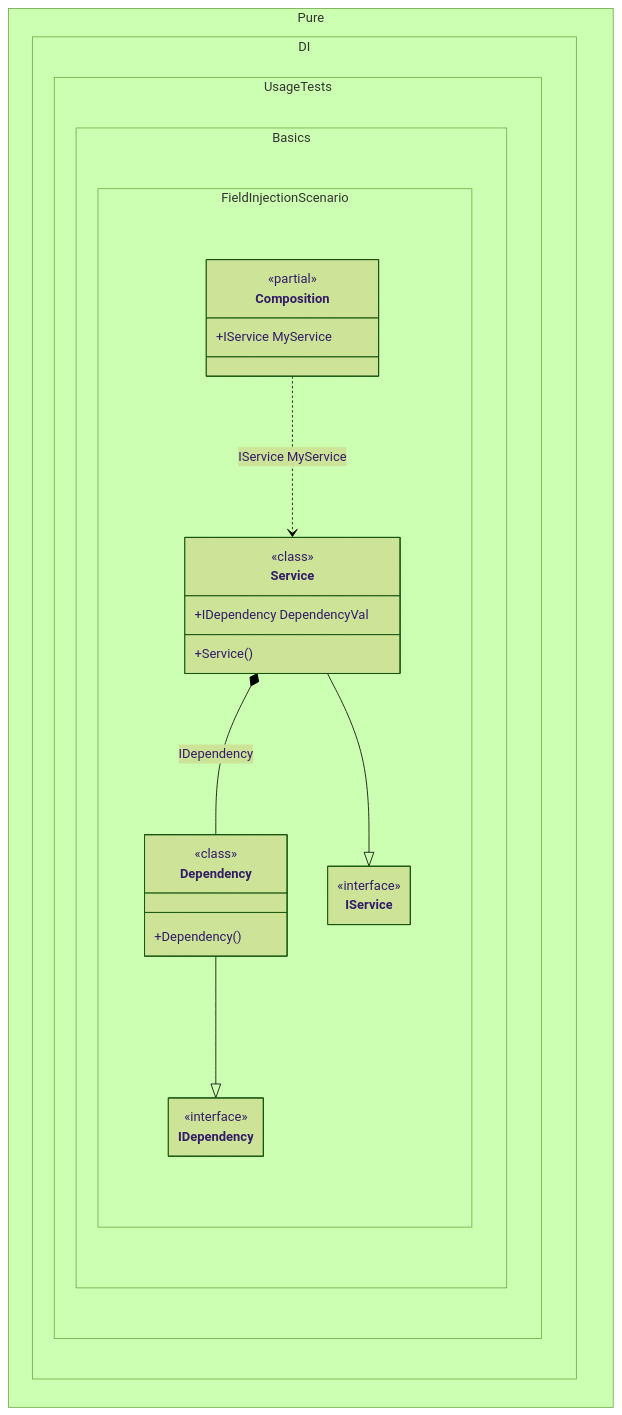
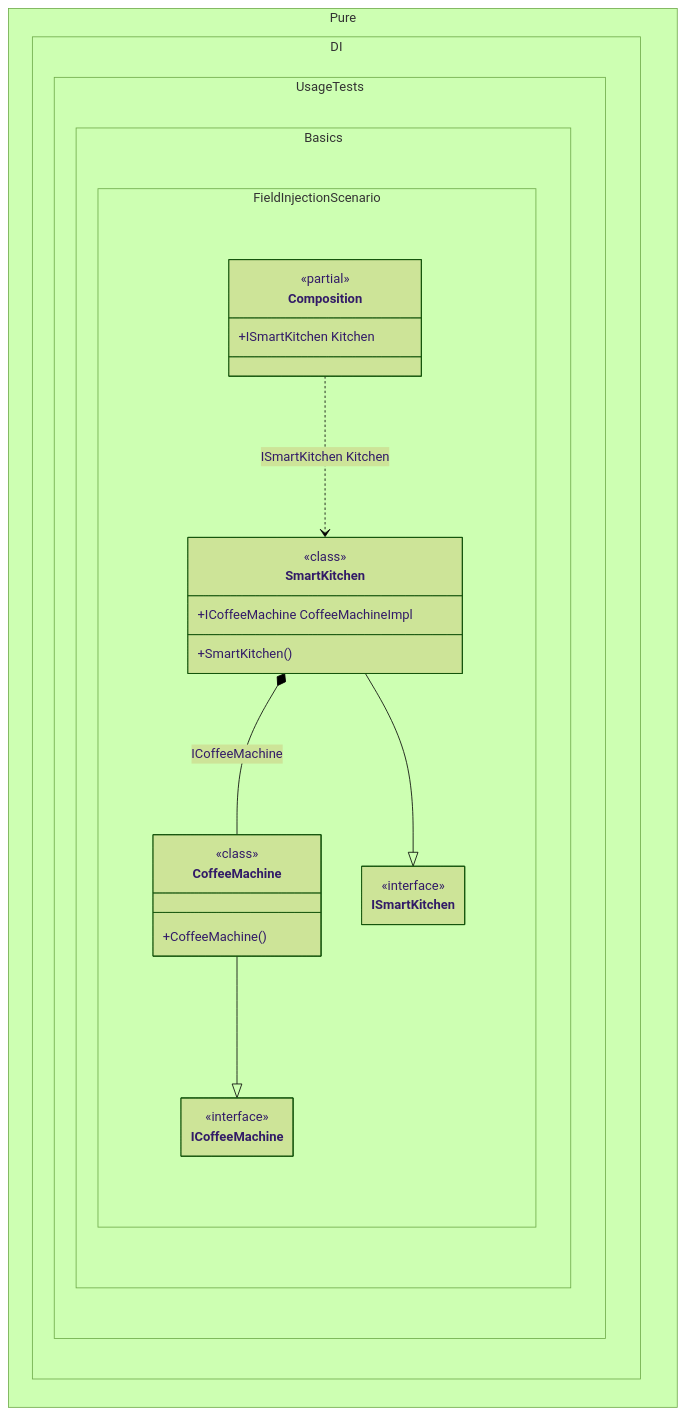
Before and after one commit to DevTeam/Pure.DI: the diagram in readme/field-injection.md, drawn with Mermaid (forest theme). The commit also changed other lines of this file and 126 other files, not shown here.

````diff
--- a/readme/field-injection.md
+++ b/readme/field-injection.md
@@ -108,35 +104,35 @@
 ```mermaid
 ---
  config:
   maxTextSize: 2147483647
   maxEdges: 2147483647
   class:
    hideEmptyMembersBox: true
 ---
 classDiagram
-	Dependency --|> IDependency
-	Service --|> IService
-	Composition ..> Service : IService MyService
-	Service *--  Dependency : IDependency
+	CoffeeMachine --|> ICoffeeMachine
+	SmartKitchen --|> ISmartKitchen
+	Composition ..> SmartKitchen : ISmartKitchen Kitchen
+	SmartKitchen *--  CoffeeMachine : ICoffeeMachine
 	namespace Pure.DI.UsageTests.Basics.FieldInjectionScenario {
+		class CoffeeMachine {
+				<<class>>
+			+CoffeeMachine()
+		}
 		class Composition {
 		<<partial>>
-		+IService MyService
+		+ISmartKitchen Kitchen
 		}
-		class Dependency {
-				<<class>>
-			+Dependency()
-		}
-		class IDependency {
+		class ICoffeeMachine {
 			<<interface>>
 		}
-		class IService {
+		class ISmartKitchen {
 			<<interface>>
 		}
-		class Service {
+		class SmartKitchen {
 				<<class>>
-			+Service()
-			+IDependency DependencyVal
+			+SmartKitchen()
+			+ICoffeeMachine CoffeeMachineImpl
 		}
 	}
 ```
````
